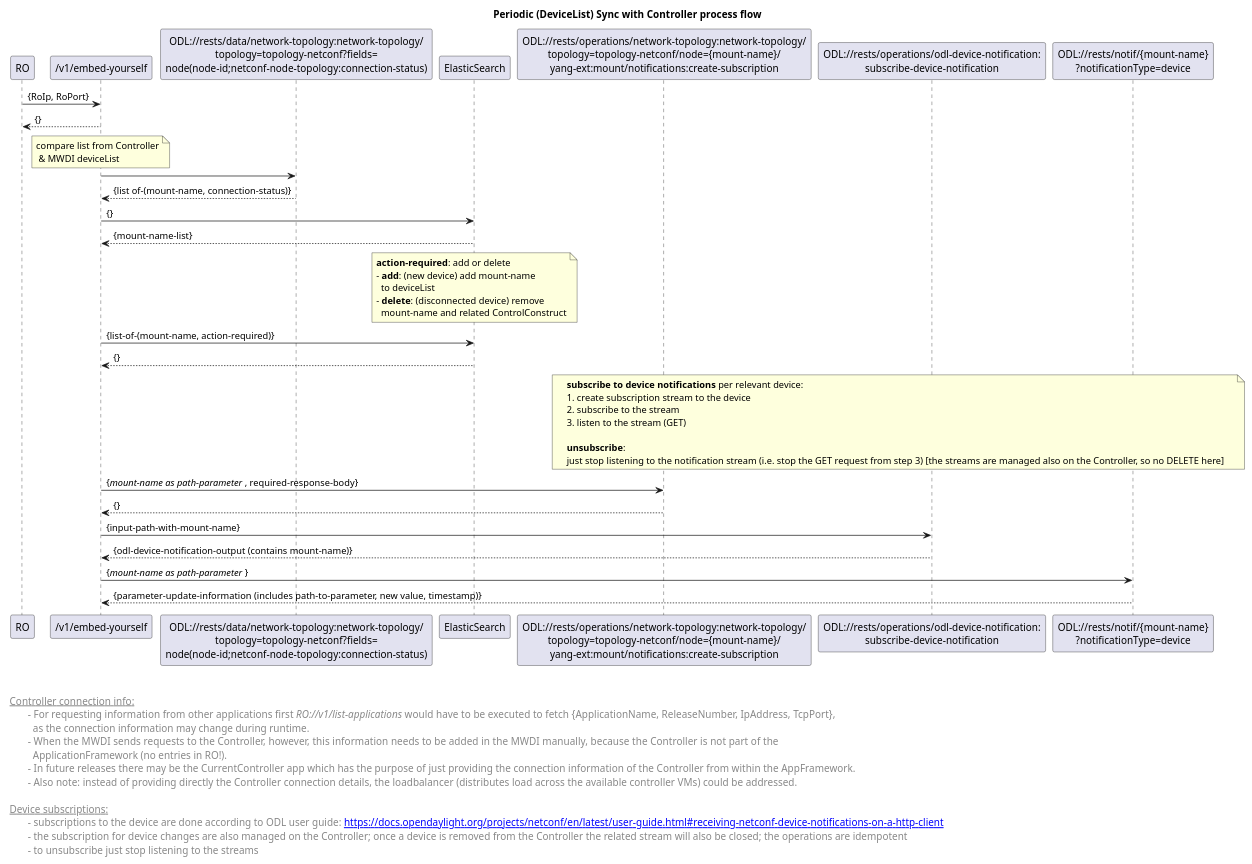
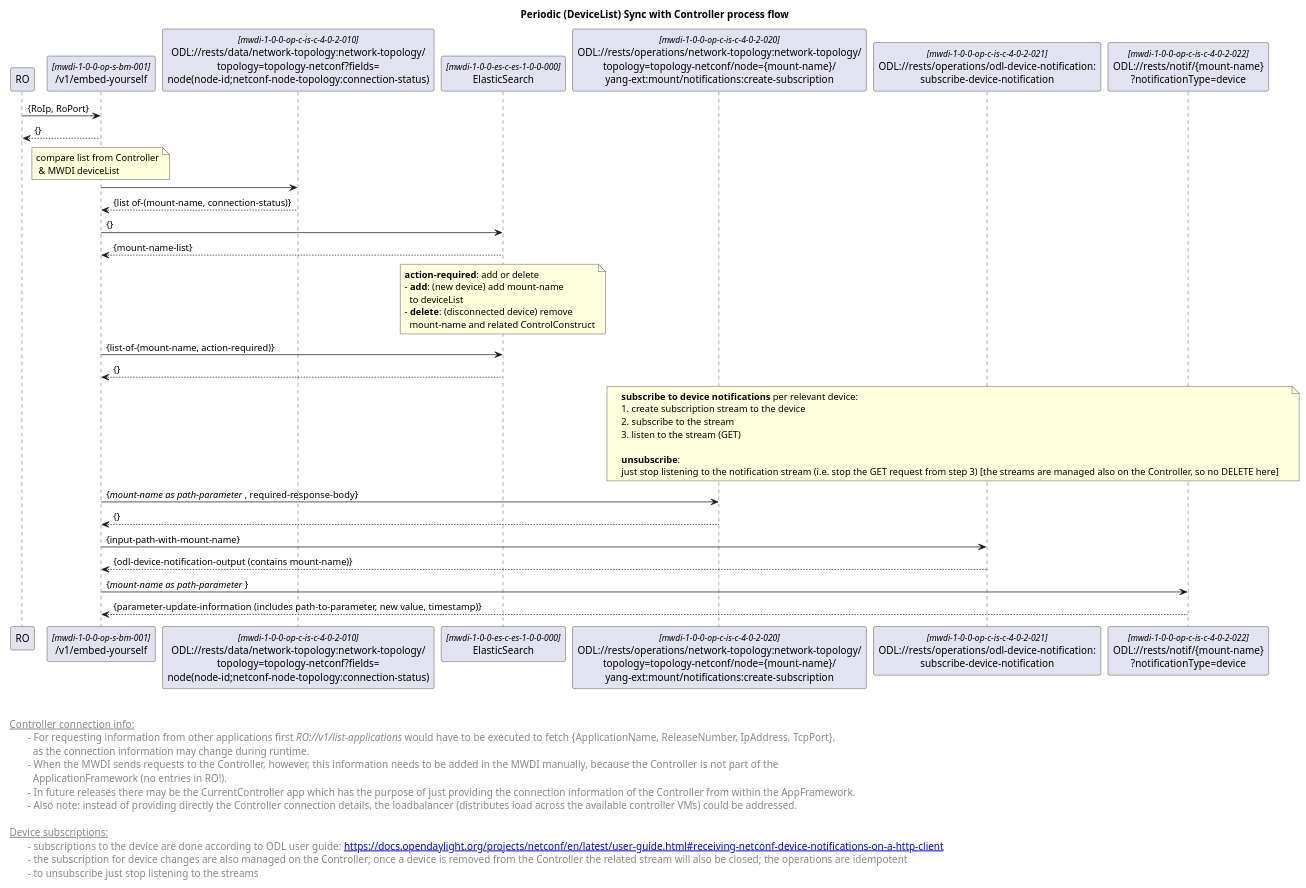
The diagram in spec/diagrams/forwardings/done/01x_forwardingCyclicOperation.plantuml (openBackhaul/MicroWaveDeviceInventory), drawn with PlantUML before and after one commit.

Commit message:
add uuids

```diff
--- a/spec/diagrams/forwardings/done/01x_forwardingCyclicOperation.plantuml
+++ b/spec/diagrams/forwardings/done/01x_forwardingCyclicOperation.plantuml
@@ -1,90 +1,90 @@
 @startuml
 skinparam responseMessageBelowArrow true
 skinparam guillemet [ ]
 skinparam participant {
   StereotypeFontSize 12  
 }
 
 title  Periodic (DeviceList) Sync with Controller process flow
 
 
 'participants
 participant "RO" as ro
-participant "/v1/embed-yourself" as mwdi
-participant "ODL://rests/data/network-topology:network-topology/\ntopology=topology-netconf?fields=\nnode(node-id;netconf-node-topology:connection-status)" as odlConnectionStatus
-participant "ElasticSearch" as es
-participant "ODL://rests/operations/network-topology:network-topology/\ntopology=topology-netconf/node={mount-name}/\nyang-ext:mount/notifications:create-subscription" as odlsubscribe1
-participant "ODL://rests/operations/odl-device-notification:\nsubscribe-device-notification" as odlsubscribe2
-participant "ODL://rests/notif/{mount-name}\n?notificationType=device" as odlsubscribe3
+participant "/v1/embed-yourself" as mwdi <<mwdi-1-0-0-op-s-bm-001>>
+participant "ODL://rests/data/network-topology:network-topology/\ntopology=topology-netconf?fields=\nnode(node-id;netconf-node-topology:connection-status)" as odlConnectionStatus <<mwdi-1-0-0-op-c-is-c-4-0-2-010>>
+participant "ElasticSearch" as es <<mwdi-1-0-0-es-c-es-1-0-0-000>>
+participant "ODL://rests/operations/network-topology:network-topology/\ntopology=topology-netconf/node={mount-name}/\nyang-ext:mount/notifications:create-subscription" as odlsubscribe1 <<mwdi-1-0-0-op-c-is-c-4-0-2-020>>
+participant "ODL://rests/operations/odl-device-notification:\nsubscribe-device-notification" as odlsubscribe2 <<mwdi-1-0-0-op-c-is-c-4-0-2-021>>
+participant "ODL://rests/notif/{mount-name}\n?notificationType=device" as odlsubscribe3 <<mwdi-1-0-0-op-c-is-c-4-0-2-022>>
 
 ro -> mwdi: {RoIp, RoPort}
 mwdi --> ro: {}
 
 'get deviceList from Controller
 note over mwdi: compare list from Controller\n & MWDI deviceList
 mwdi -> odlConnectionStatus
 odlConnectionStatus --> mwdi: {list of-(mount-name, connection-status)}
 
 'get MWDI deviceList from ElasticSearch 
 mwdi -> es: {}
 es --> mwdi: {mount-name-list}
 
 'diff both lists and process devices accordingly
 note over es
  <b>action-required</b>: add or delete
  - <b>add</b>: (new device) add mount-name 
    to deviceList
  - <b>delete</b>: (disconnected device) remove 
    mount-name and related ControlConstruct
 end note 
 
 mwdi -> es: {list-of-(mount-name, action-required)}
 es --> mwdi: {}
 
 'subscription to Controller
 note over odlsubscribe1, odlsubscribe3
 <b>subscribe to device notifications</b> per relevant device:
 1. create subscription stream to the device
 2. subscribe to the stream
 3. listen to the stream (GET)
 
 <b>unsubscribe</b>:
 just stop listening to the notification stream (i.e. stop the GET request from step 3) [the streams are managed also on the Controller, so no DELETE here]
 end note
 
 mwdi -> odlsubscribe1: {<i>mount-name as path-parameter </i>, required-response-body}
 odlsubscribe1 --> mwdi: {}
 
 mwdi -> odlsubscribe2: {input-path-with-mount-name}
 odlsubscribe2 --> mwdi: {odl-device-notification-output (contains mount-name)}
 
 mwdi -> odlsubscribe3: {<i>mount-name as path-parameter </i>}
 odlsubscribe3 --> mwdi: {parameter-update-information (includes path-to-parameter, new value, timestamp)}
 
 
 
 left footer 
 
 
 <u> Controller connection info:</u>
 \t- For requesting information from other applications first <i>RO://v1/list-applications</i> would have to be executed to fetch {ApplicationName, ReleaseNumber, IpAddress, TcpPort}, 
 \t  as the connection information may change during runtime.
 \t-  When the MWDI sends requests to the Controller, however, this information needs to be added in the MWDI manually, because the Controller is not part of the 
 \t  ApplicationFramework (no entries in RO!). 
 \t-  In future releases there may be the CurrentController app which has the purpose of just providing the connection information of the Controller from within the AppFramework.
 \t-  Also note: instead of providing directly the Controller connection details, the loadbalancer (distributes load across the available controller VMs) could be addressed.
 
 <u> Device subscriptions:</u>
 \t- subscriptions to the device are done according to ODL user guide: [[https://docs.opendaylight.org/projects/netconf/en/latest/user-guide.html#receiving-netconf-device-notifications-on-a-http-client]]
 \t- the subscription for device changes are also managed on the Controller; once a device is removed from the Controller the related stream will also be closed; the operations are idempotent
 \t- to unsubscribe just stop listening to the streams
 end footer
 
 <style>
 footer {
   HorizontalAlignment left
   FontSize 14
 }
 </style>
 
 @enduml
```
